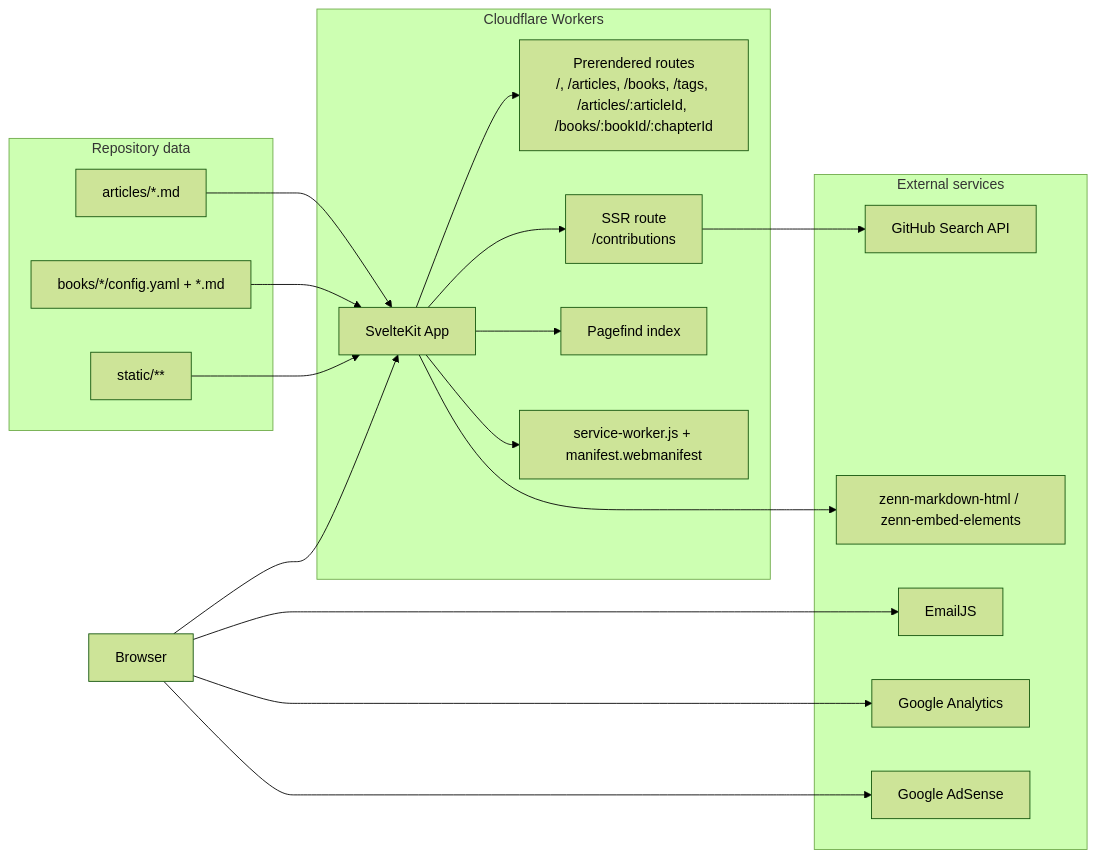
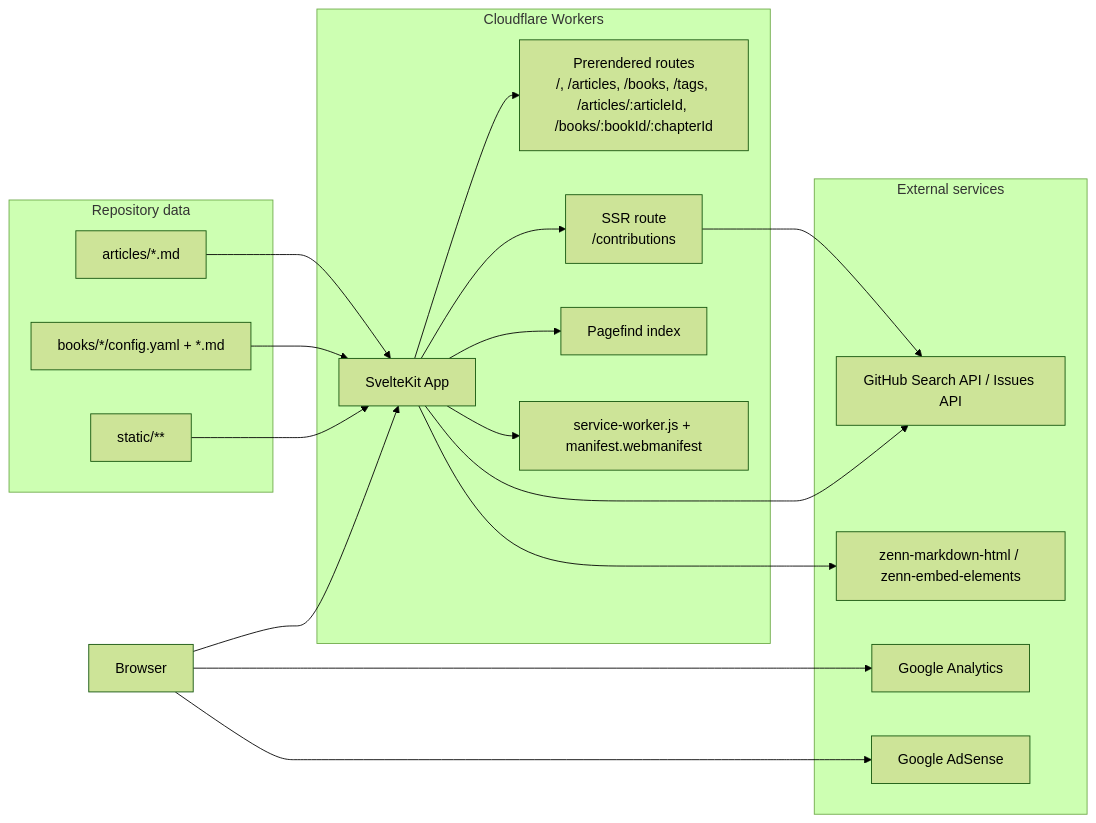
The diagram in docs/README.md (yuu19/yusuke-blog), drawn with Mermaid (forest theme) before and after one commit. The commit also changed other lines of this file and 34 other files, not shown here.

````diff
--- a/docs/README.md
+++ b/docs/README.md
@@ -40,42 +40,41 @@
 ```mermaid
 flowchart LR
   User[Browser]
 
   subgraph CF[Cloudflare Workers]
     App[SvelteKit App]
     StaticRoutes[Prerendered routes\n/, /articles, /books, /tags, /articles/:articleId, /books/:bookId/:chapterId]
     DynamicRoute[SSR route\n/contributions]
     Search[Pagefind index]
     PWA[service-worker.js + manifest.webmanifest]
   end
 
   subgraph Repo[Repository data]
     Articles[articles/*.md]
     Books[books/*/config.yaml + *.md]
     StaticAssets[static/**]
   end
 
   subgraph External[External services]
-    GitHub[GitHub Search API]
-    EmailJS[EmailJS]
+    GitHub[GitHub Search API / Issues API]
     GA[Google Analytics]
     AdSense[Google AdSense]
     Zenn[zenn-markdown-html / zenn-embed-elements]
   end
 
   User --> App
   App --> StaticRoutes
   App --> DynamicRoute
   App --> Search
   App --> PWA
 
   Articles --> App
   Books --> App
   StaticAssets --> App
 
   DynamicRoute --> GitHub
+  App --> GitHub
   App --> Zenn
-  User --> EmailJS
   User --> GA
   User --> AdSense
 ```
````
